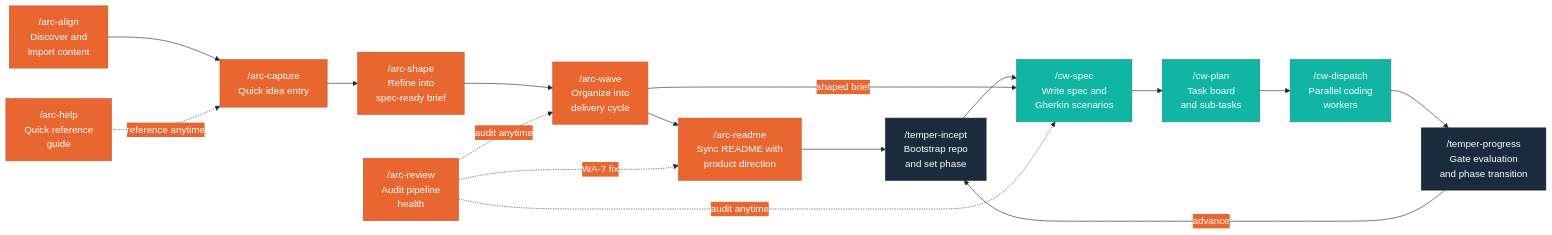
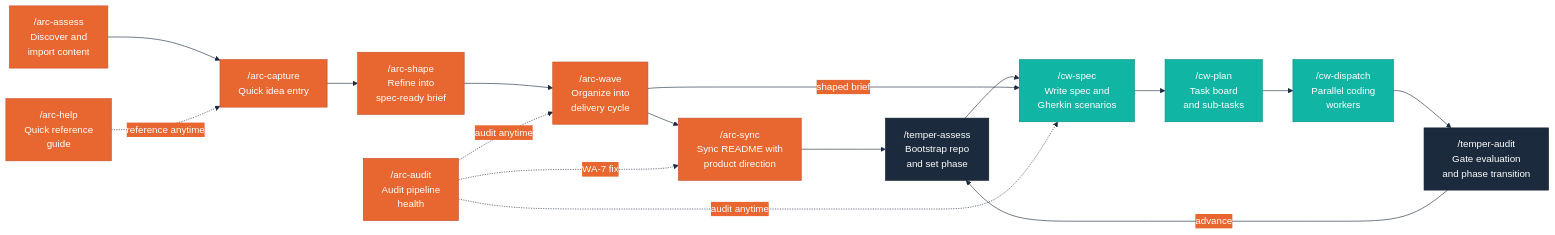
Before and after one commit to ronjanusz-liatrio/arc: the second of 2 diagrams in README.md, drawn with Mermaid. The commit also changed other lines of this file and 199 other files, not shown here.

First line of the commit message:
refactor(skills): rename commands for arc-temper alignment

````diff
--- a/README.md
+++ b/README.md
@@ -51,32 +51,32 @@
 ```mermaid
 %%{init: {'theme': 'base', 'themeVariables': {'primaryColor': '#11B5A4', 'primaryTextColor': '#FFFFFF', 'primaryBorderColor': '#0D8F82', 'secondaryColor': '#E8662F', 'secondaryTextColor': '#FFFFFF', 'secondaryBorderColor': '#C7502A', 'tertiaryColor': '#1B2A3D', 'tertiaryTextColor': '#FFFFFF', 'lineColor': '#1B2A3D', 'fontFamily': 'Inter, sans-serif'}}}%%
 flowchart LR
-    AA["/arc-align\nDiscover and\nimport content"]:::arc
+    AA["/arc-assess\nDiscover and\nimport content"]:::arc
     AC["/arc-capture\nQuick idea entry"]:::arc
     AS["/arc-shape\nRefine into\nspec-ready brief"]:::arc
     AW["/arc-wave\nOrganize into\ndelivery cycle"]:::arc
-    AREADME["/arc-readme\nSync README with\nproduct direction"]:::arc
-    AR["/arc-review\nAudit pipeline\nhealth"]:::arc
+    AREADME["/arc-sync\nSync README with\nproduct direction"]:::arc
+    AR["/arc-audit\nAudit pipeline\nhealth"]:::arc
     AH["/arc-help\nQuick reference\nguide"]:::arc
 
     CS["/cw-spec\nWrite spec and\nGherkin scenarios"]:::cw
     CP["/cw-plan\nTask board\nand sub-tasks"]:::cw
     CD["/cw-dispatch\nParallel coding\nworkers"]:::cw
 
-    TI["/temper-incept\nBootstrap repo\nand set phase"]:::temper
-    TP["/temper-progress\nGate evaluation\nand phase transition"]:::temper
+    TI["/temper-assess\nBootstrap repo\nand set phase"]:::temper
+    TP["/temper-audit\nGate evaluation\nand phase transition"]:::temper
 
     AA --> AC
     AC --> AS --> AW --> AREADME --> TI
     TI --> CS --> CP --> CD --> TP
     TP -->|"advance"| TI
     AW -->|"shaped brief"| CS
     AR -. "audit anytime" .-> AW
     AR -. "audit anytime" .-> CS
     AR -. "WA-7 fix" .-> AREADME
     AH -. "reference anytime" .-> AC
 
     classDef arc fill:#E8662F,stroke:#C7502A,color:#FFFFFF
     classDef cw fill:#11B5A4,stroke:#0D8F82,color:#FFFFFF
     classDef temper fill:#1B2A3D,stroke:#0F1D2B,color:#FFFFFF
 ```
````
